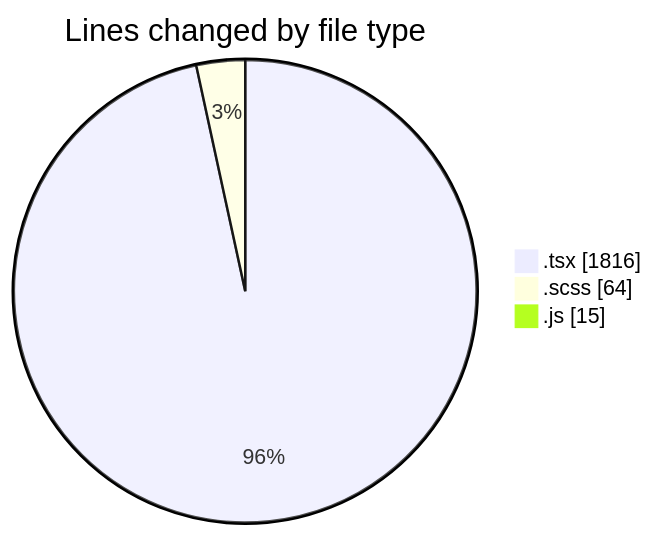
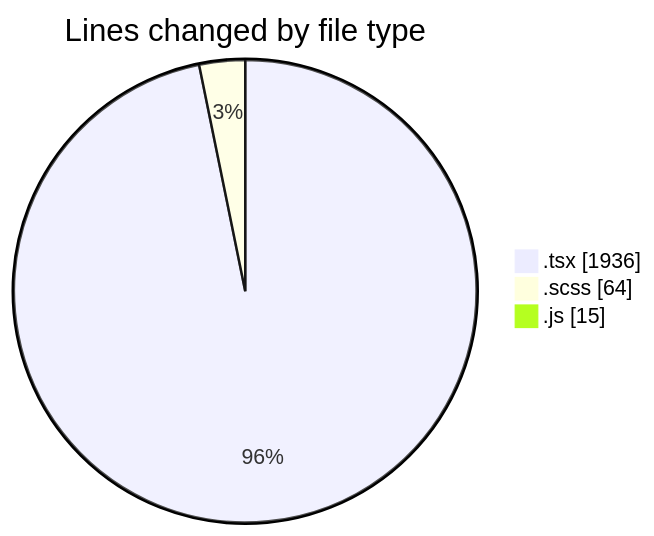
One commit to momahboobian/code-tracking changed the first of 2 diagrams in 2025-06-16/cda/README.md. Above: the diagram before and after it, drawn with Mermaid. The commit also changed other lines of this file and 1 other file, not shown here.

````diff
--- a/2025-06-16/cda/README.md
+++ b/2025-06-16/cda/README.md
@@ -25,7 +26,7 @@
 ```mermaid
 pie showData
 title Lines changed by file type
-".tsx" : 1816
+".tsx" : 1936
 ".scss" : 64
 ".js" : 15
 ```
````
